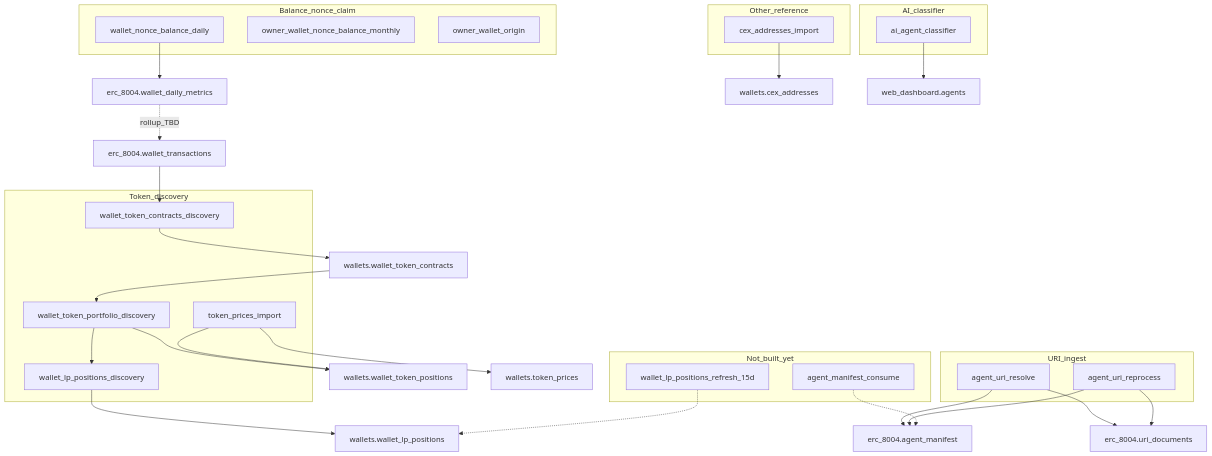
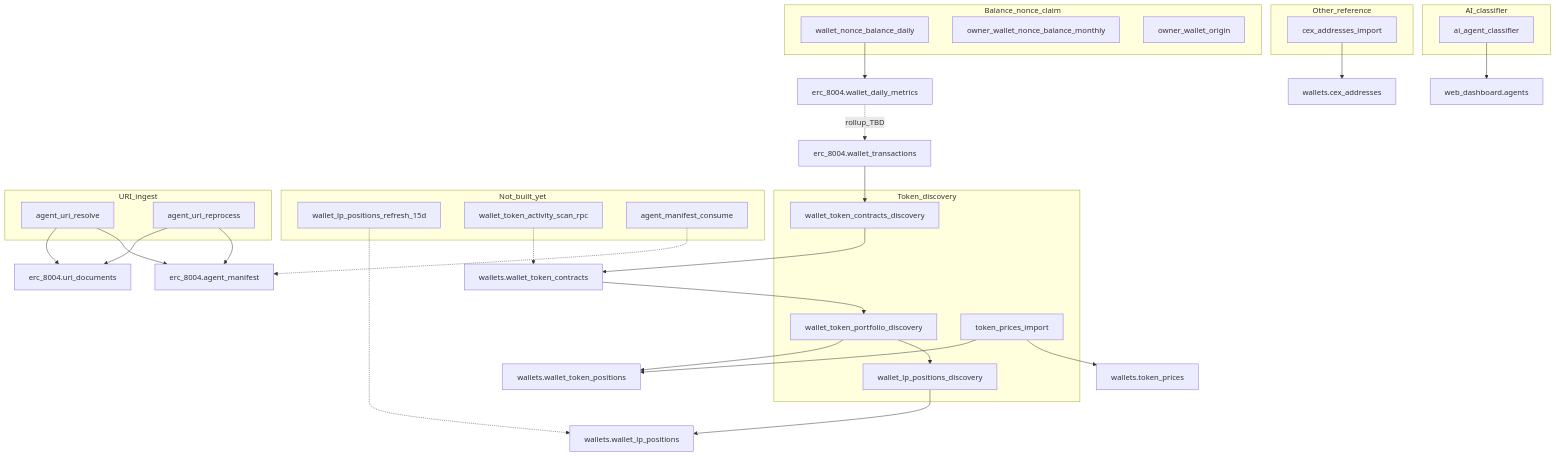
Before and after one commit to GlobalScoreAgent/gsa-workers: the diagram in docs/PROCESSES.md, drawn with Mermaid. The commit also changed other lines of this file and 3 other files, not shown here.

````diff
--- a/docs/PROCESSES.md
+++ b/docs/PROCESSES.md
@@ -9,46 +9,48 @@
 ```mermaid
 flowchart TB
   subgraph claimBalance [Balance_nonce_claim]
     daily[wallet_nonce_balance_daily]
     monthly[owner_wallet_nonce_balance_monthly]
     origin[owner_wallet_origin]
   end
   subgraph discovery [Token_discovery]
     contracts[wallet_token_contracts_discovery]
     portfolio[wallet_token_portfolio_discovery]
     prices[token_prices_import]
     lp[wallet_lp_positions_discovery]
   end
   subgraph refdata [Other_reference]
     cex[cex_addresses_import]
   end
   subgraph pending [Not_built_yet]
     lpRefresh[wallet_lp_positions_refresh_15d]
+    tokenActivity[wallet_token_activity_scan_rpc]
     manifestConsume[agent_manifest_consume]
   end
   subgraph uriIngest [URI_ingest]
     uriResolve[agent_uri_resolve]
     uriReprocess[agent_uri_reprocess]
   end
   subgraph aiClassify [AI_classifier]
     classifier[ai_agent_classifier]
   end
   daily --> metrics[erc_8004.wallet_daily_metrics]
   metrics -.->|rollup_TBD| wt[erc_8004.wallet_transactions]
   wt --> contracts
   contracts --> wtc[wallets.wallet_token_contracts]
   wtc --> portfolio
   portfolio --> wtp[wallets.wallet_token_positions]
   prices --> wtp
   prices --> tpc[wallets.token_prices]
   portfolio --> lp
   lp --> wlp[wallets.wallet_lp_positions]
   cex --> cexT[wallets.cex_addresses]
   lpRefresh -.-> wlp
+  tokenActivity -.-> wtc
   uriResolve --> ud[erc_8004.uri_documents]
   uriResolve --> am[erc_8004.agent_manifest]
   uriReprocess --> ud
   uriReprocess --> am
   manifestConsume -.-> am
   classifier --> dashAgents[web_dashboard.agents]
 ```
````
